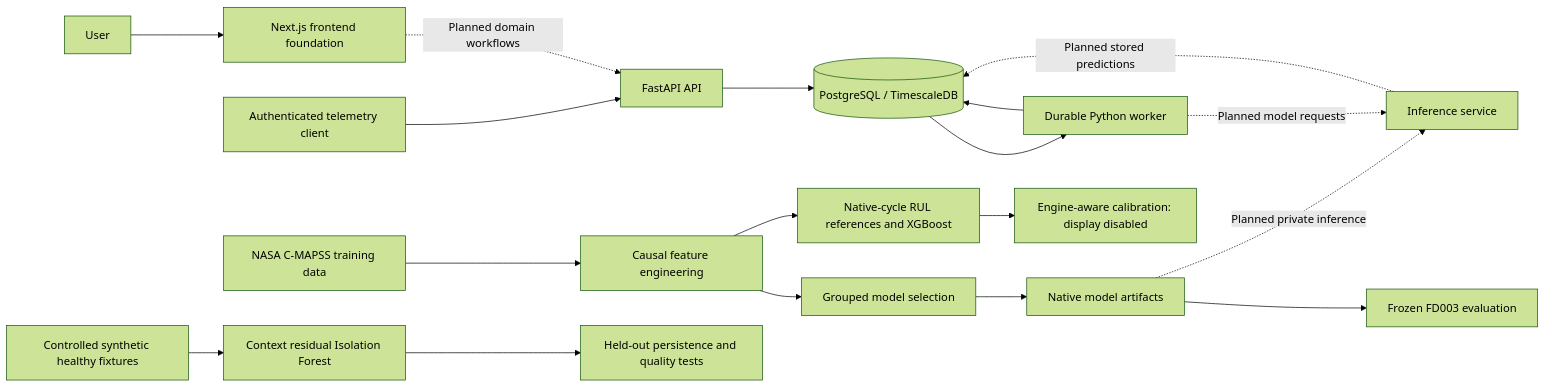
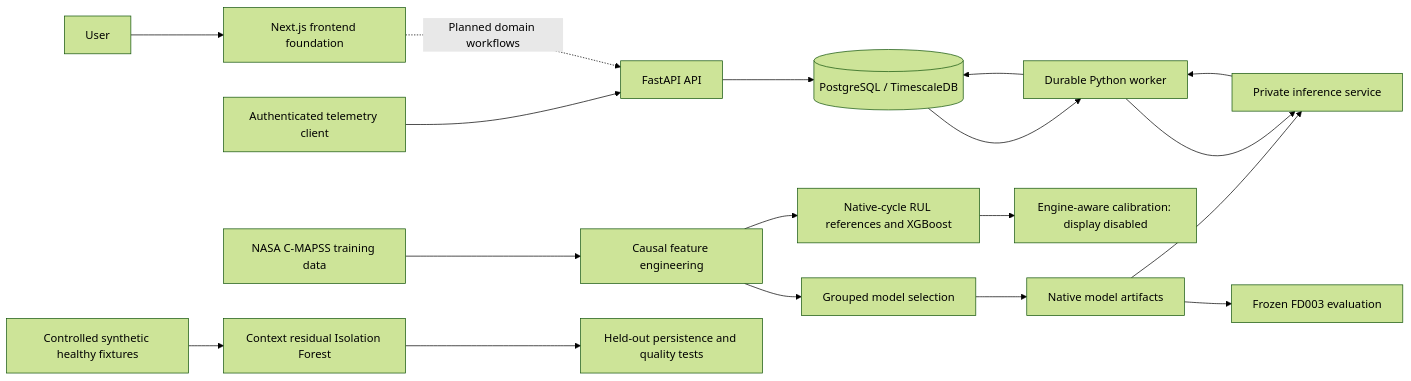
Before and after one commit to AbhishekKumar-cse/FleetIQ: the diagram in README.md, drawn with Mermaid (forest theme). The commit also changed other lines of this file and 9 other files, not shown here.

Commit message:
feat(worker): persist fenced native predictions and durable explanations

````diff
--- a/README.md
+++ b/README.md
@@ -24,20 +26,20 @@
 ```mermaid
 flowchart LR
     User[User] --> Web[Next.js frontend foundation]
     Client[Authenticated telemetry client] --> API[FastAPI API]
     API --> DB[(PostgreSQL / TimescaleDB)]
     DB --> Worker[Durable Python worker]
     Worker --> DB
     NASA[NASA C-MAPSS training data] --> Features[Causal feature engineering]
     Features --> Training[Grouped model selection]
     Synthetic[Controlled synthetic healthy fixtures] --> Anomaly[Context residual Isolation Forest]
     Anomaly --> Robustness[Held-out persistence and quality tests]
     Features --> RUL[Native-cycle RUL references and XGBoost]
     RUL --> Intervals[Engine-aware calibration: display disabled]
     Training --> Bundle[Native model artifacts]
     Bundle --> Evaluation[Frozen FD003 evaluation]
     Web -. Planned domain workflows .-> API
-    Bundle -. Planned private inference .-> Inference[Inference service]
-    Worker -. Planned model requests .-> Inference
-    Inference -. Planned stored predictions .-> DB
+    Bundle --> Inference[Private inference service]
+    Worker --> Inference
+    Inference --> Worker
 ```
````
